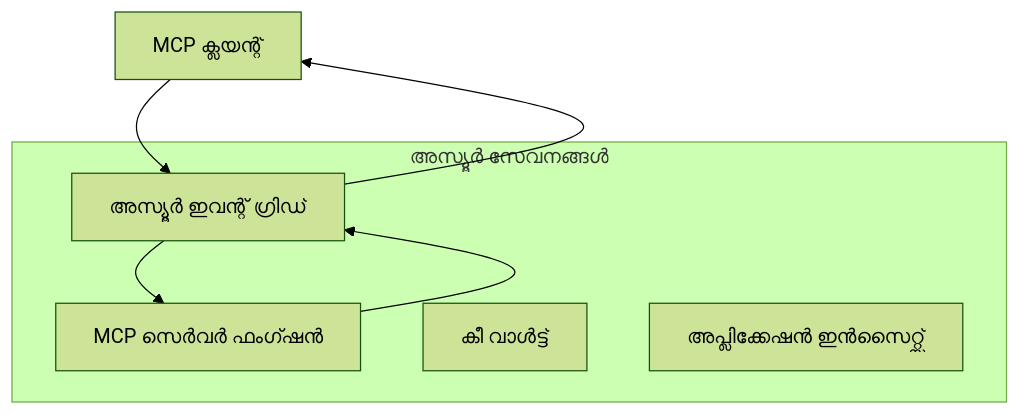
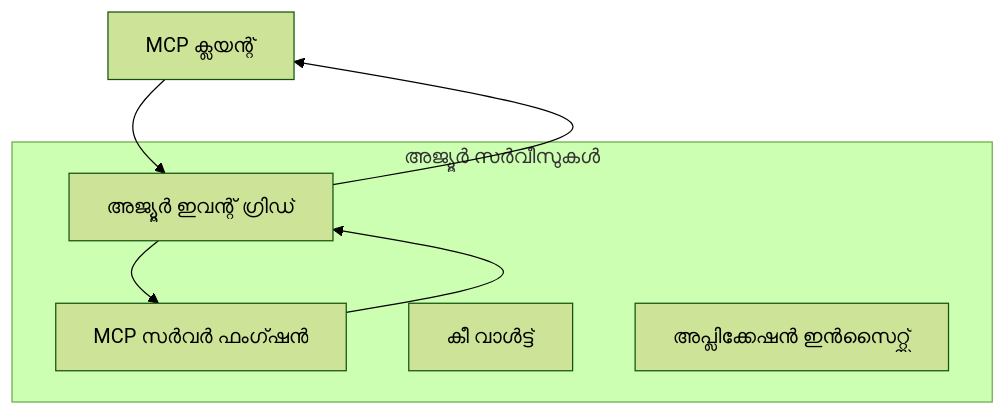
One commit to HIDORAKAI002/ai-workspace-archive changed the first of 2 diagrams in mcp_ecosystem__model_context_protocol/mcp_learning_resources/mcp-for-beginners/translations/ml/05-AdvancedTopics/mcp-transport/README.md. Above: the diagram before and after it, drawn with Mermaid (forest theme). The commit also changed other lines of this file and 1539 other files, not shown here.

````diff
--- a/mcp_ecosystem__model_context_protocol/mcp_learning_resources/mcp-for-beginners/translations/ml/05-AdvancedTopics/mcp-transport/README.md
+++ b/mcp_ecosystem__model_context_protocol/mcp_learning_resources/mcp-for-beginners/translations/ml/05-AdvancedTopics/mcp-transport/README.md
@@ -58,14 +58,14 @@
 ```mermaid
 graph TB
-    Client[MCP ക്ലയന്റ്] --> EG[അസ്യൂർ ഇവന്റ് ഗ്രിഡ്]
-    EG --> Server[MCP സെർവർ ഫംഗ്ഷൻ]
+    Client[MCP ക്ലയന്റ്] --> EG[അജ്യൂർ ഇവന്റ് ഗ്രിഡ്]
+    EG --> Server[MCP സർവർ ഫംഗ്ഷൻ]
     Server --> EG
     EG --> Client
     
-    subgraph "അസ്യൂർ സേവനങ്ങൾ"
+    subgraph "അജ്യൂർ സർവീസുകൾ"
         EG
         Server
         KV[കീ വാൾട്ട്]
         Monitor[അപ്ലിക്കേഷൻ ഇൻസൈറ്റ്സ്]
     end
 ```
````
